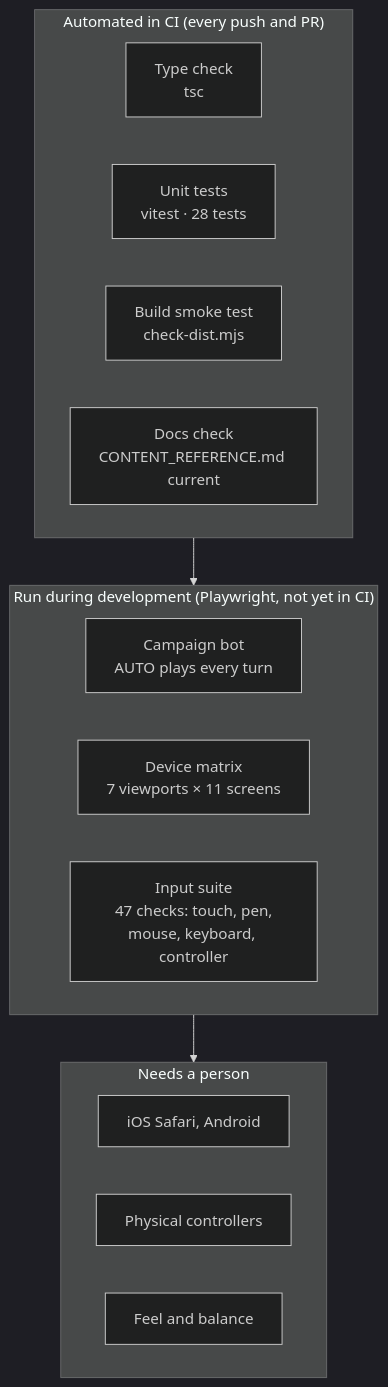
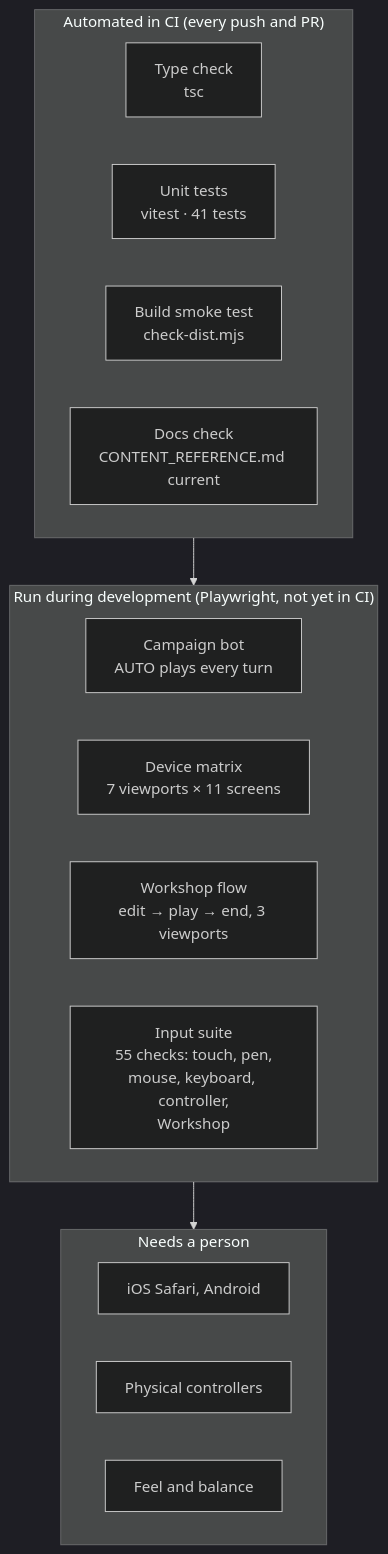
Before and after one commit to CptNope/Chess-RPG-Tactics: the diagram in docs/TESTING.md, drawn with Mermaid (dark theme). The commit also changed other lines of this file and 28 other files, not shown here.

````diff
--- a/docs/TESTING.md
+++ b/docs/TESTING.md
@@ -9,20 +9,21 @@
 ```mermaid
 flowchart TB
     subgraph Auto["Automated in CI (every push and PR)"]
         T1["Type check<br/>tsc"]
-        T2["Unit tests<br/>vitest · 28 tests"]
+        T2["Unit tests<br/>vitest · 41 tests"]
         T3["Build smoke test<br/>check-dist.mjs"]
         T4["Docs check<br/>CONTENT_REFERENCE.md current"]
     end
     subgraph Dev["Run during development (Playwright, not yet in CI)"]
         P1["Campaign bot<br/>AUTO plays every turn"]
         P2["Device matrix<br/>7 viewports × 11 screens"]
-        P3["Input suite<br/>47 checks: touch, pen,<br/>mouse, keyboard, controller"]
+        P4["Workshop flow<br/>edit → play → end, 3 viewports"]
+        P3["Input suite<br/>55 checks: touch, pen,<br/>mouse, keyboard, controller,<br/>Workshop"]
     end
     subgraph Human["Needs a person"]
         H1["iOS Safari, Android"]
         H2["Physical controllers"]
         H3["Feel and balance"]
     end
     Auto --> Dev --> Human
 ```
````
